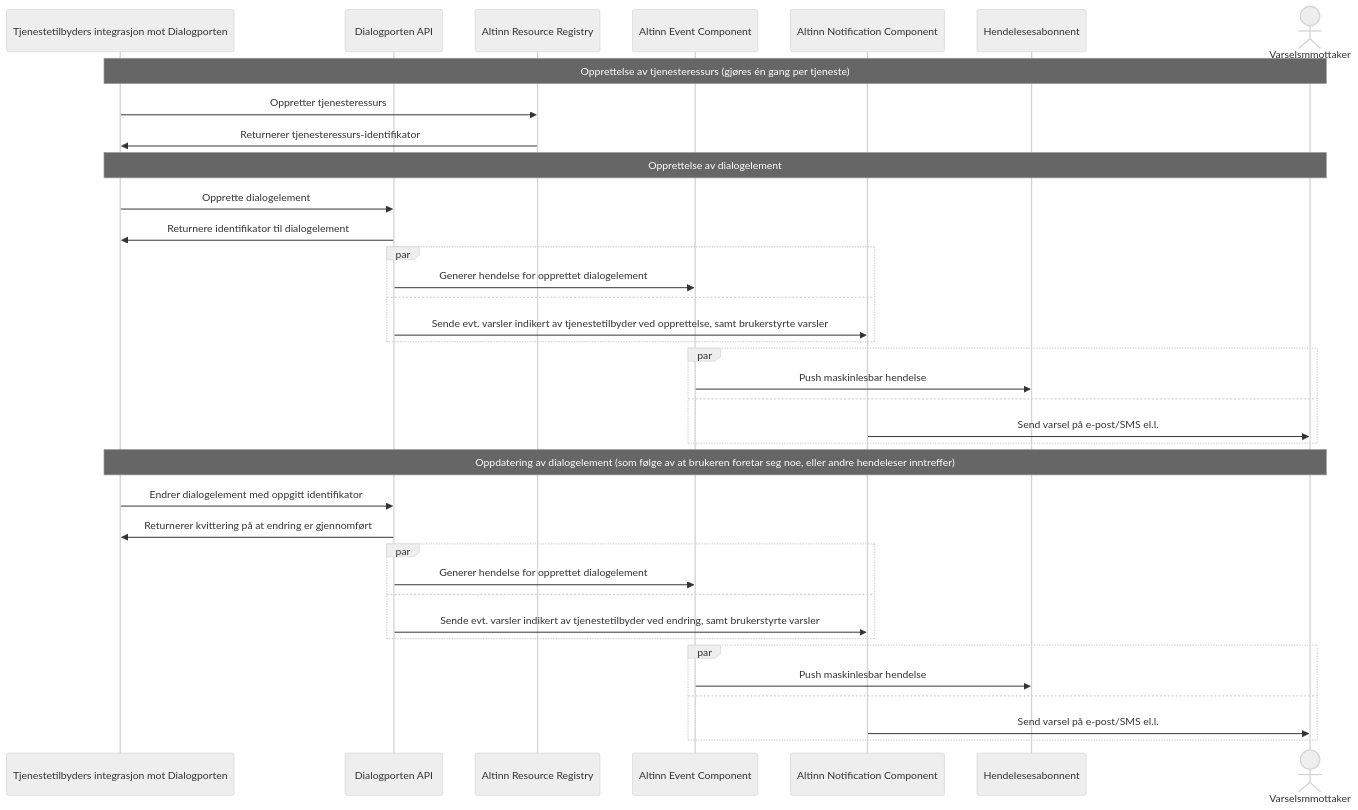
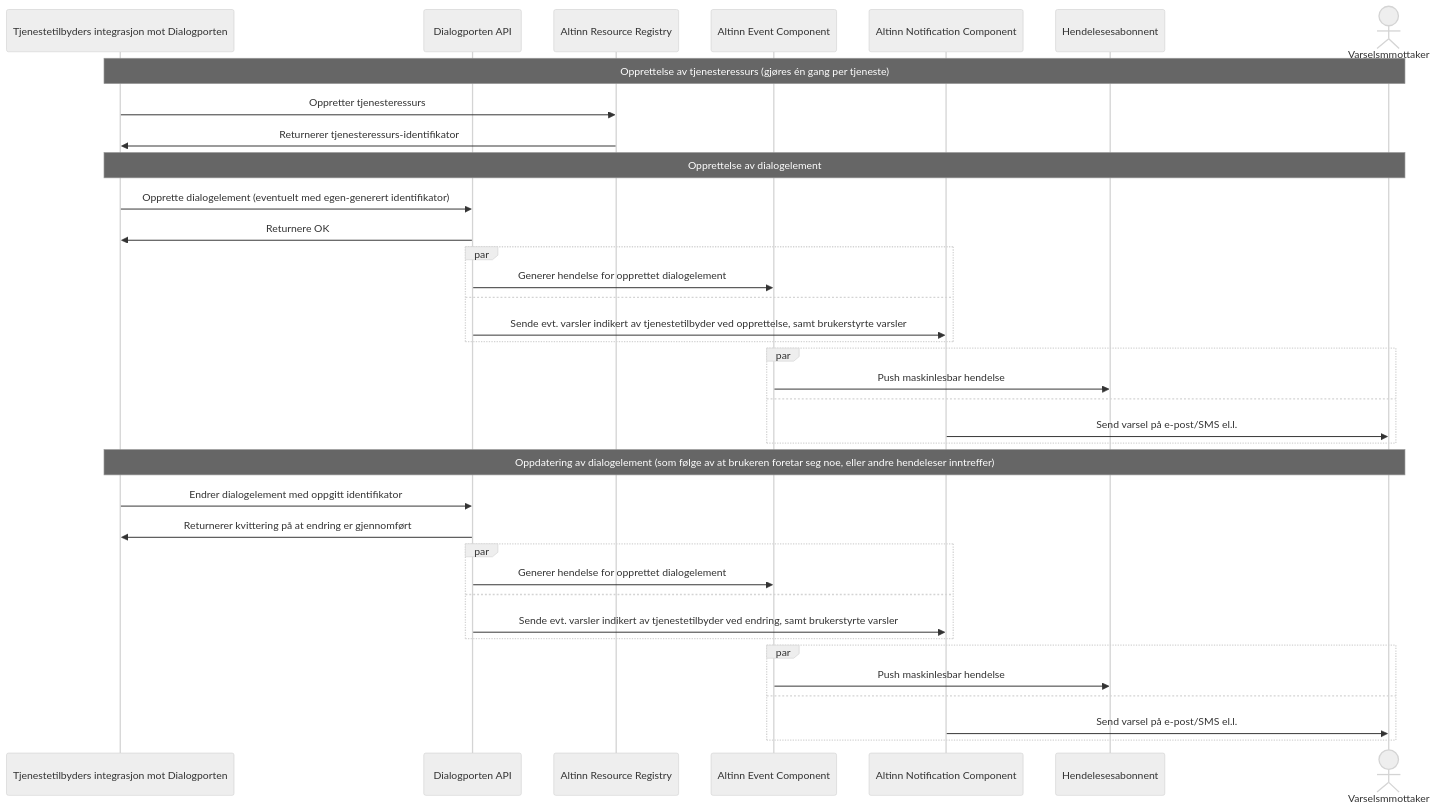
The first of 6 diagrams in dialogporten.md (elsand/elsand.github.io), drawn with Mermaid (neutral theme) before and after one commit. The commit also changed other lines of this file and 1 other file, not shown here.

Commit message:
Add support for supplying id for dialogelement (#25)

````diff
--- a/dialogporten.md
+++ b/dialogporten.md
@@ -224,42 +226,42 @@
 ```mermaid!
 sequenceDiagram
     participant TE as Tjenestetilbyders integrasjon mot Dialogporten
     participant API as Dialogporten API
     participant ARR as Altinn Resource Registry
     participant EVT as Altinn Event Component
     participant NOT as Altinn Notification Component
     participant EVTRCPT as Hendelesesabonnent
     actor NOTRCPT as Varselsmmottaker
 
 note over TE,NOTRCPT: Opprettelse av tjenesteressurs (gjøres én gang per tjeneste)
 TE->>ARR: Oppretter tjenesteressurs
 ARR->>TE: Returnerer tjenesteressurs-identifikator
 note over TE,NOTRCPT: Opprettelse av dialogelement
-TE->>API: Opprette dialogelement
-API->>TE: Returnere identifikator til dialogelement
+TE->>API: Opprette dialogelement (eventuelt med egen-generert identifikator)
+API->>TE: Returnere OK
 par
     API->>EVT: Generer hendelse for opprettet dialogelement
     and
     API->>NOT: Sende evt. varsler indikert av tjenestetilbyder ved opprettelse, samt brukerstyrte varsler
 end
 par
     EVT->>EVTRCPT: Push maskinlesbar hendelse
     and
     NOT->>NOTRCPT: Send varsel på e-post/SMS el.l.
 end
 
 note over TE,NOTRCPT: Oppdatering av dialogelement (som følge av at brukeren foretar seg noe, eller andre hendeleser inntreffer)
 
 TE->>API: Endrer dialogelement med oppgitt identifikator
 API->>TE: Returnerer kvittering på at endring er gjennomført
 par
     API->>EVT: Generer hendelse for opprettet dialogelement
     and
     API->>NOT: Sende evt. varsler indikert av tjenestetilbyder ved endring, samt brukerstyrte varsler
 end
 par
     EVT->>EVTRCPT: Push maskinlesbar hendelse
     and
     NOT->>NOTRCPT: Send varsel på e-post/SMS el.l.
 end
 ```
````
